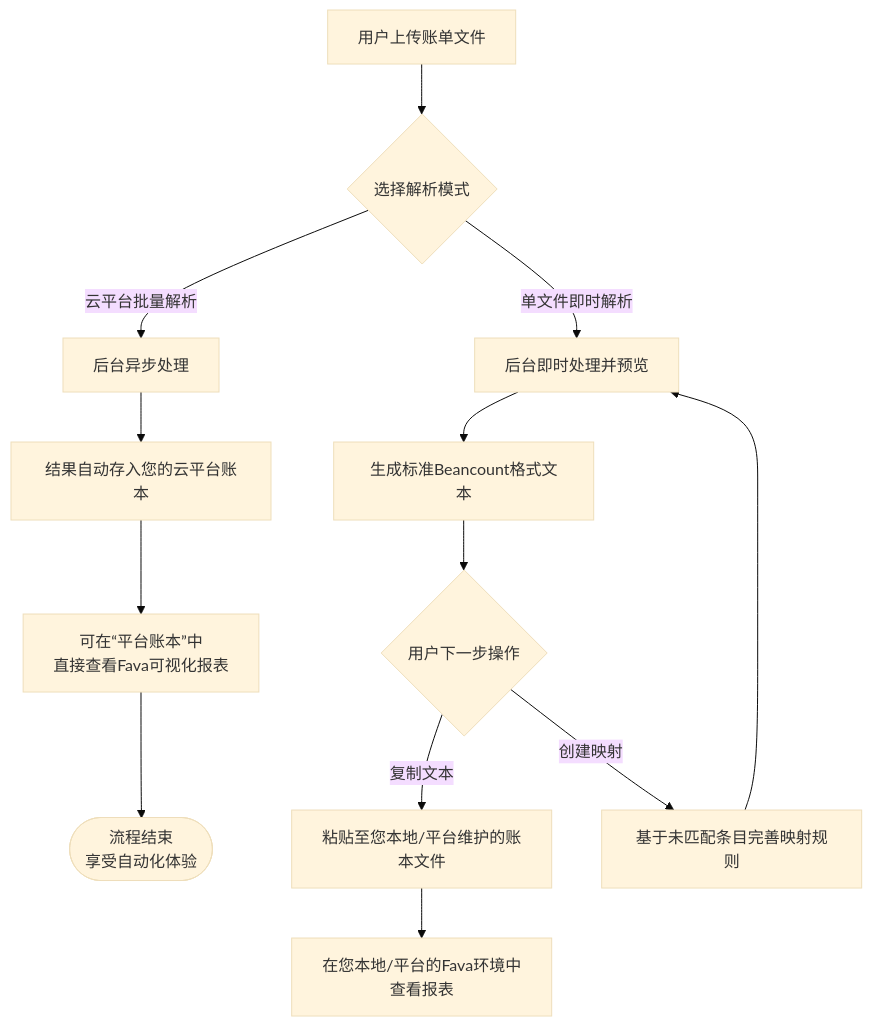
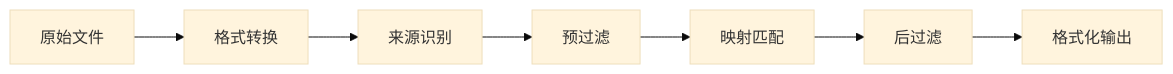
One commit to dhr2333/Beancount-Trans-Docs changed the diagram in docs/99-归档/04-解析.md. Above: the diagram before and after it, drawn with Mermaid (base theme). The commit also changed other lines of this file and 17 other files, not shown here.

````diff
--- a/docs/99-归档/04-解析.md
+++ b/docs/99-归档/04-解析.md
@@ -29,17 +21,9 @@
 ```mermaid
-flowchart TD
-A[用户上传账单文件] --> B{选择解析模式};
-
-B -- 云平台批量解析 --> C[后台异步处理];
-C --> D[结果自动存入您的云平台账本];
-D --> E[可在“平台账本”中<br>直接查看Fava可视化报表];
-E --> F([流程结束<br>享受自动化体验]);
-
-B -- 单文件即时解析 --> G[后台即时处理并预览];
-G --> H[生成标准Beancount格式文本];
-H --> I{用户下一步操作};
-I -- 复制文本 --> J[粘贴至您本地/平台维护的账本文件];
-J --> K[在您本地/平台的Fava环境中查看报表];
-I -- 创建映射 --> L[基于未匹配条目完善映射规则];
-L --> G;
+flowchart LR
+    A[原始文件] --> B[格式转换]
+    B --> C[来源识别]
+    C --> D[预过滤]
+    D --> E[映射匹配]
+    E --> F[后过滤]
+    F --> G[格式化输出]
 ```
````
